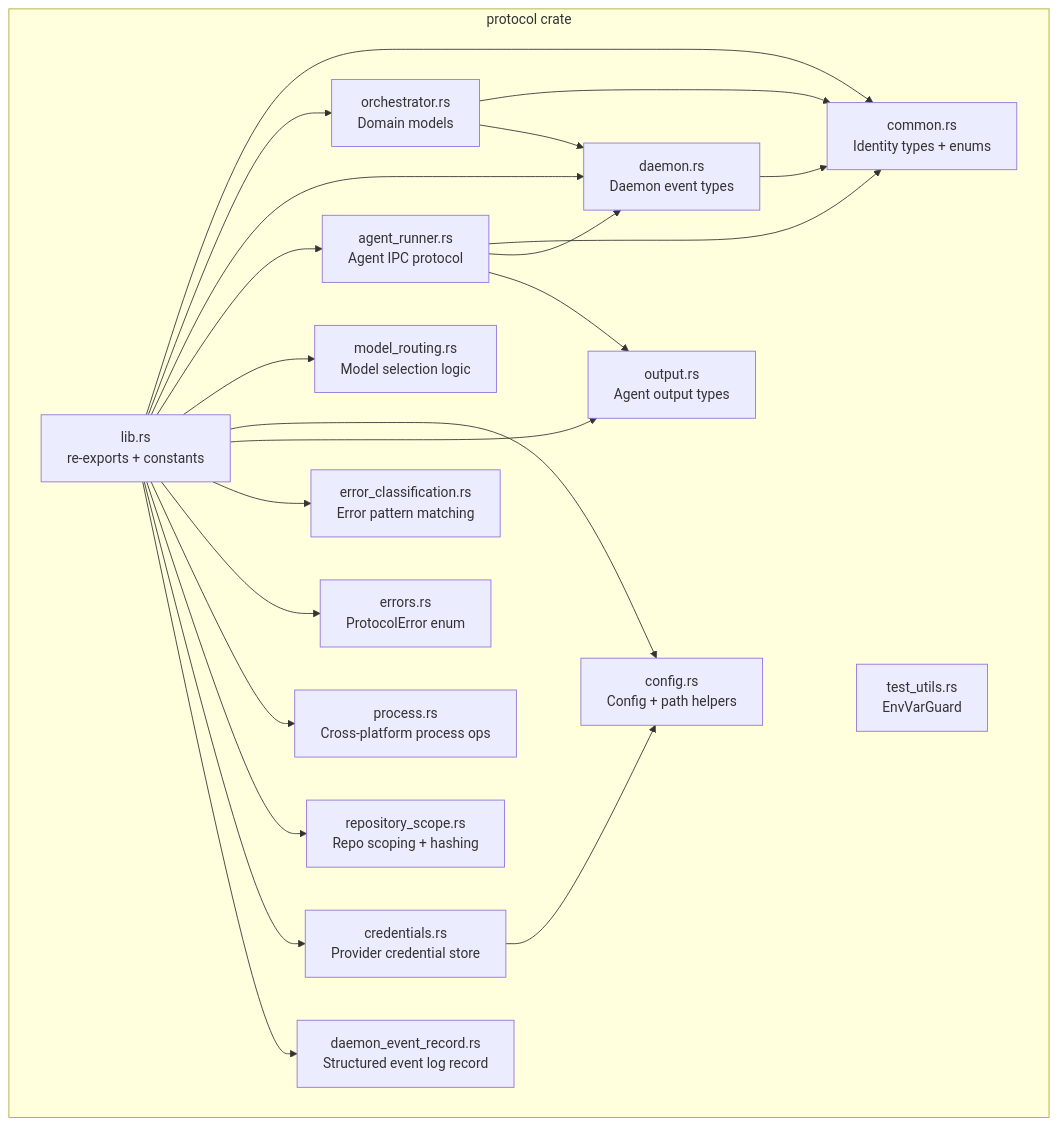
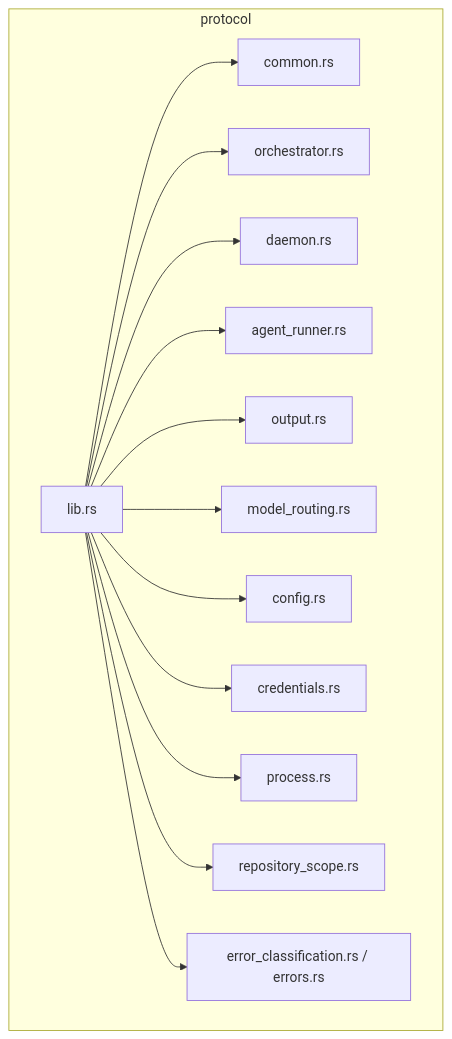
One commit to launchapp-dev/animus-cli changed the first of 2 diagrams in crates/protocol/README.md. Above: the diagram before and after it, drawn with Mermaid. The commit also changed other lines of this file and 15 other files, not shown here.

````diff
--- a/crates/protocol/README.md
+++ b/crates/protocol/README.md
@@ -13,43 +17,29 @@
 ```mermaid
 graph TD
-    subgraph protocol crate
-        lib[lib.rs<br/>re-exports + constants]
-
-        common[common.rs<br/>Identity types + enums]
-        orchestrator[orchestrator.rs<br/>Domain models]
-        daemon[daemon.rs<br/>Daemon event types]
-        agent_runner[agent_runner.rs<br/>Agent IPC protocol]
-        model_routing[model_routing.rs<br/>Model selection logic]
-        config[config.rs<br/>Config + path helpers]
-        output[output.rs<br/>Agent output types]
-        error_class[error_classification.rs<br/>Error pattern matching]
-        errors[errors.rs<br/>ProtocolError enum]
-        process[process.rs<br/>Cross-platform process ops]
-        repo_scope[repository_scope.rs<br/>Repo scoping + hashing]
-        credentials[credentials.rs<br/>Provider credential store]
-        daemon_event[daemon_event_record.rs<br/>Structured event log record]
-        test_utils[test_utils.rs<br/>EnvVarGuard]
+    subgraph "protocol"
+        LIB["lib.rs"]
+        COMMON["common.rs"]
+        ORCH["orchestrator.rs"]
+        DAEMON["daemon.rs"]
+        RUNNER["agent_runner.rs"]
+        OUTPUT["output.rs"]
+        ROUTING["model_routing.rs"]
+        CONFIG["config.rs"]
+        CREDS["credentials.rs"]
+        PROC["process.rs"]
+        SCOPE["repository_scope.rs"]
+        ERR["error_classification.rs / errors.rs"]
     end
 
-    lib --> common
-    lib --> orchestrator
-    lib --> daemon
-    lib --> agent_runner
-    lib --> model_routing
-    lib --> config
-    lib --> output
-    lib --> error_class
-    lib --> errors
-    lib --> process
-    lib --> repo_scope
-    lib --> credentials
-    lib --> daemon_event
-
-    orchestrator --> common
-    orchestrator --> daemon
-    daemon --> common
-    agent_runner --> common
-    agent_runner --> daemon
-    agent_runner --> output
-    credentials --> config
+    LIB --> COMMON
+    LIB --> ORCH
+    LIB --> DAEMON
+    LIB --> RUNNER
+    LIB --> OUTPUT
+    LIB --> ROUTING
+    LIB --> CONFIG
+    LIB --> CREDS
+    LIB --> PROC
+    LIB --> SCOPE
+    LIB --> ERR
 ```
````
